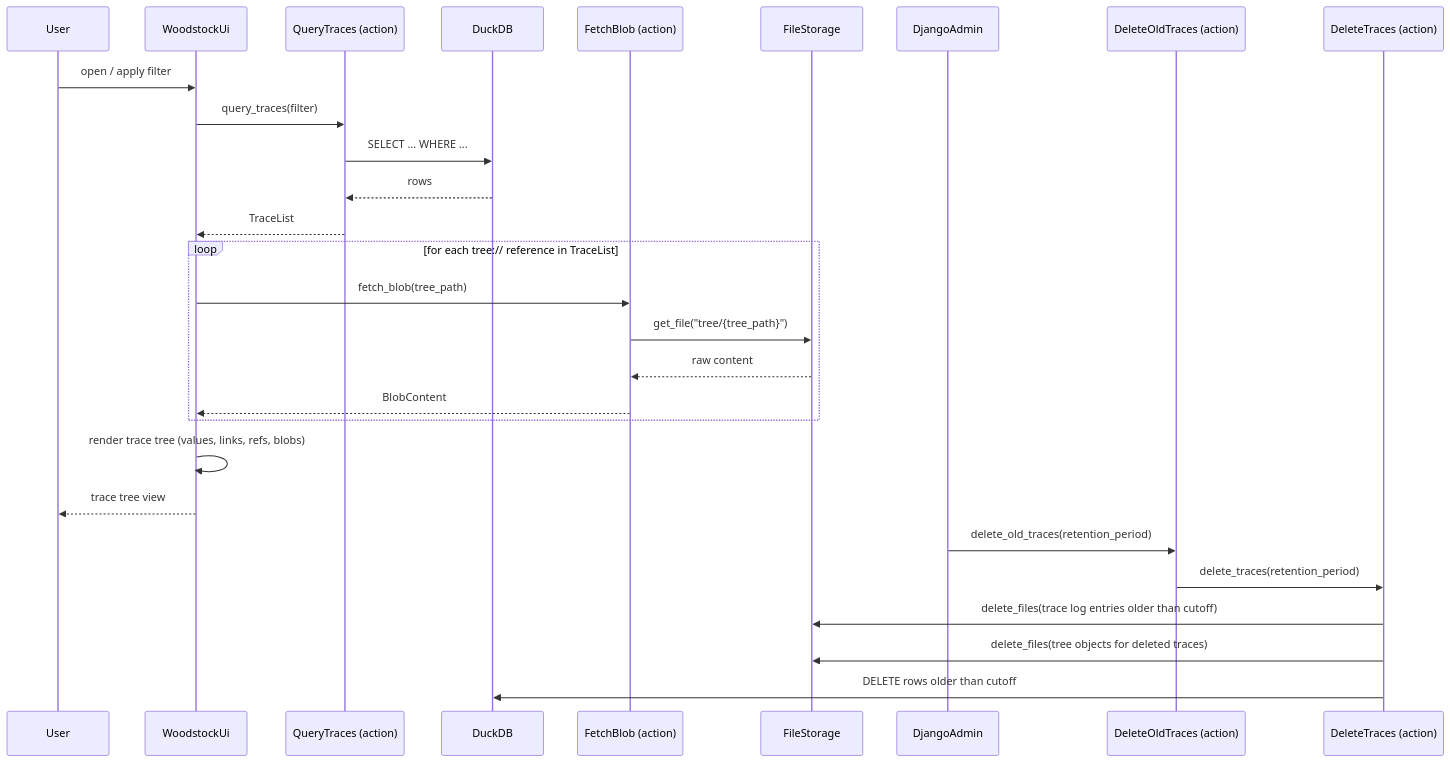
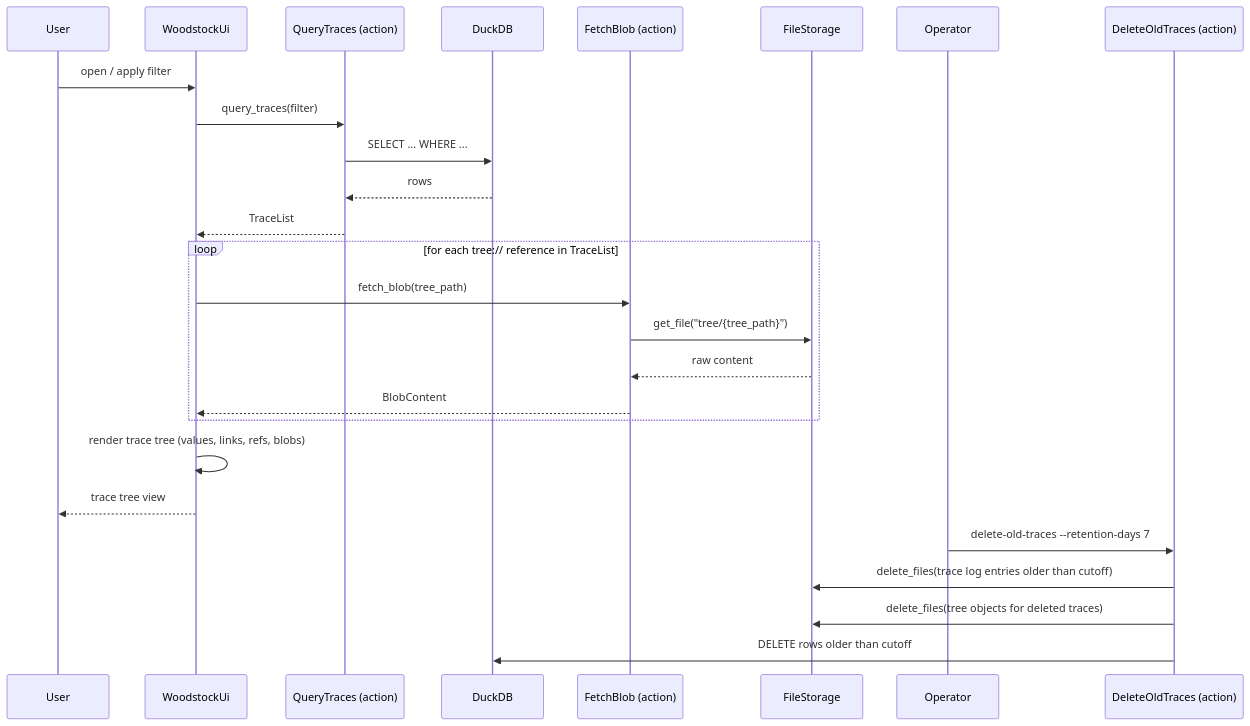
One commit to mnieber/woodstock changed the diagram in libs/woodstock/docs/spec/scenarios/ms6_the_woodstock_ui_queries_and_displays_traces.md. Above: the diagram before and after it, drawn with Mermaid. The commit also changed other lines of this file and 73 other files, not shown here.

````diff
--- a/libs/woodstock/docs/spec/scenarios/ms6_the_woodstock_ui_queries_and_displays_traces.md
+++ b/libs/woodstock/docs/spec/scenarios/ms6_the_woodstock_ui_queries_and_displays_traces.md
@@ -53,34 +60,32 @@
 ```mermaid
 sequenceDiagram
     participant User
     participant UI as WoodstockUi
     participant QueryTraces as QueryTraces (action)
     participant DuckDB
     participant FetchBlob as FetchBlob (action)
     participant FileStorage
-    participant Admin as DjangoAdmin
+    participant Operator
     participant DeleteOldTraces as DeleteOldTraces (action)
-    participant DeleteTraces as DeleteTraces (action)
 
     User->>UI: open / apply filter
     UI->>QueryTraces: query_traces(filter)
     QueryTraces->>DuckDB: SELECT ... WHERE ...
     DuckDB-->>QueryTraces: rows
     QueryTraces-->>UI: TraceList
 
     loop for each tree:// reference in TraceList
         UI->>FetchBlob: fetch_blob(tree_path)
         FetchBlob->>FileStorage: get_file("tree/{tree_path}")
         FileStorage-->>FetchBlob: raw content
         FetchBlob-->>UI: BlobContent
     end
 
     UI->>UI: render trace tree (values, links, refs, blobs)
     UI-->>User: trace tree view
 
-    Admin->>DeleteOldTraces: delete_old_traces(retention_period)
-    DeleteOldTraces->>DeleteTraces: delete_traces(retention_period)
-    DeleteTraces->>FileStorage: delete_files(trace log entries older than cutoff)
-    DeleteTraces->>FileStorage: delete_files(tree objects for deleted traces)
-    DeleteTraces->>DuckDB: DELETE rows older than cutoff
+    Operator->>DeleteOldTraces: delete-old-traces --retention-days 7
+    DeleteOldTraces->>FileStorage: delete_files(trace log entries older than cutoff)
+    DeleteOldTraces->>FileStorage: delete_files(tree objects for deleted traces)
+    DeleteOldTraces->>DuckDB: DELETE rows older than cutoff
 ```
````
